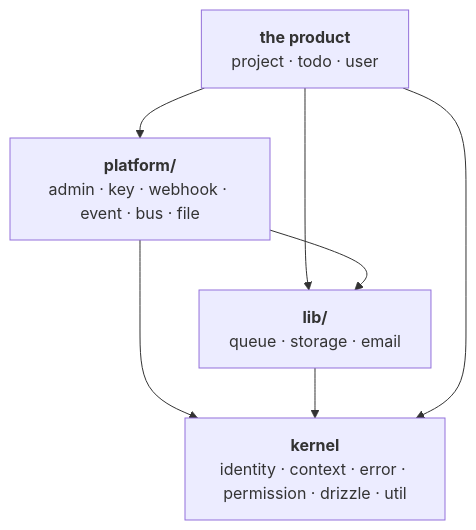
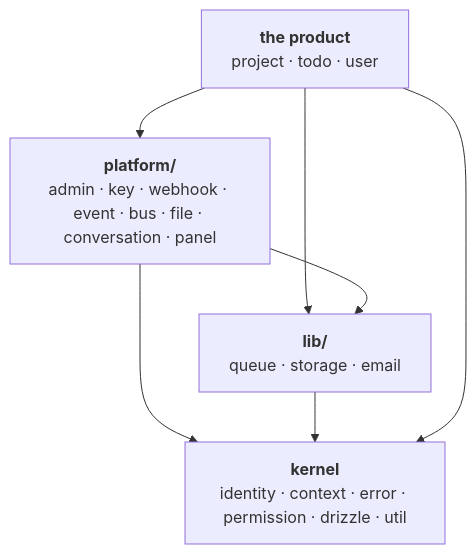
The diagram in docs/core.md (andre-brandao/template), drawn with Mermaid before and after one commit. The commit also changed other lines of this file and 14 other files, not shown here.

First line of the commit message:
refactor(core): panel table and conversation queries in core

````diff
--- a/docs/core.md
+++ b/docs/core.md
@@ -6,14 +6,14 @@
 ```mermaid
 graph TD
   domain["<b>the product</b><br/>project · todo · user"]
-  platform["<b>platform/</b><br/>admin · key · webhook · event · bus · file"]
+  platform["<b>platform/</b><br/>admin · key · webhook · event · bus · file · conversation · panel"]
   lib["<b>lib/</b><br/>queue · storage · email"]
   kernel["<b>kernel</b><br/>identity · context · error · permission · drizzle · util"]
 
   domain --> platform
   domain --> lib
   platform --> lib
   platform --> kernel
   lib --> kernel
   domain --> kernel
 ```
````
